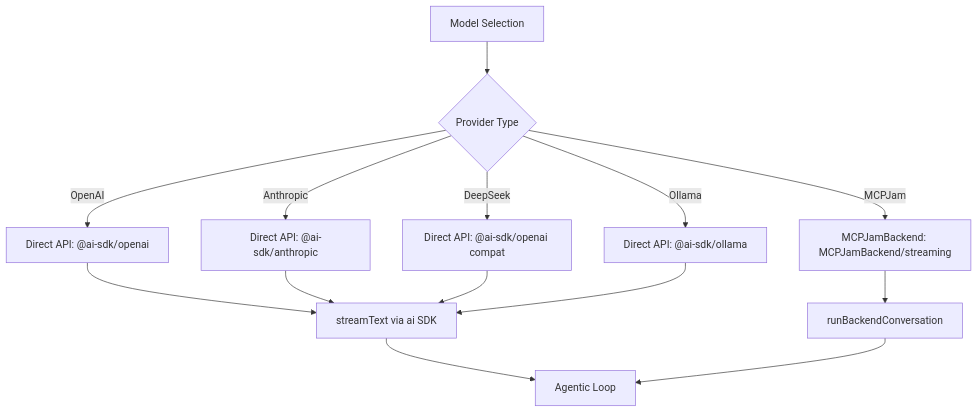
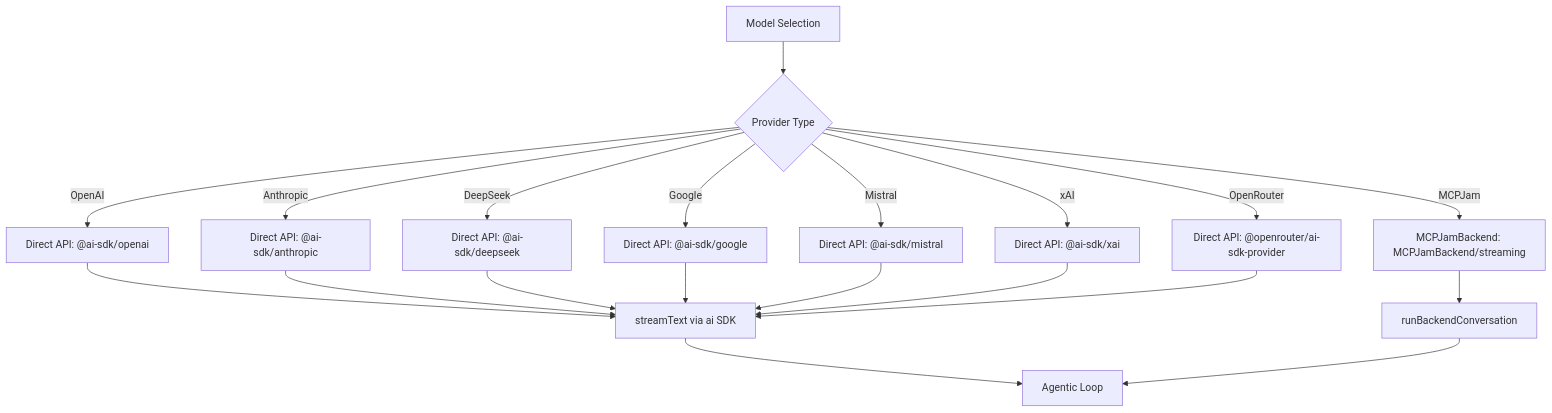
Diagram 11 of 12 in docs/contributing/evals-architecture.mdx (MCPJam/inspector), drawn with Mermaid before and after one commit.

````diff
--- a/docs/contributing/evals-architecture.mdx
+++ b/docs/contributing/evals-architecture.mdx
@@ -732,20 +732,26 @@
 ```mermaid
 flowchart TD
     A[Model Selection] --> B{Provider Type}
 
     B -->|OpenAI| C[Direct API: @ai-sdk/openai]
     B -->|Anthropic| D[Direct API: @ai-sdk/anthropic]
-    B -->|DeepSeek| E[Direct API: @ai-sdk/openai compat]
-    B -->|Ollama| F[Direct API: @ai-sdk/ollama]
-    B -->|MCPJam| G[MCPJamBackend: MCPJamBackend/streaming]
+    B -->|DeepSeek| E[Direct API: @ai-sdk/deepseek]
+    B -->|Google| F[Direct API: @ai-sdk/google]
+    B -->|Mistral| G[Direct API: @ai-sdk/mistral]
+    B -->|xAI| H[Direct API: @ai-sdk/xai]
+    B -->|OpenRouter| I[Direct API: @openrouter/ai-sdk-provider]
+    B -->|MCPJam| J[MCPJamBackend: MCPJamBackend/streaming]
 
-    C --> H[streamText via ai SDK]
-    D --> H
-    E --> H
-    F --> H
+    C --> K[streamText via ai SDK]
+    D --> K
+    E --> K
+    F --> K
+    G --> K
+    H --> K
+    I --> K
 
-    G --> I[runBackendConversation]
+    J --> L[runBackendConversation]
 
-    H --> J[Agentic Loop]
-    I --> J
+    K --> M[Agentic Loop]
+    L --> M
 ```
````
